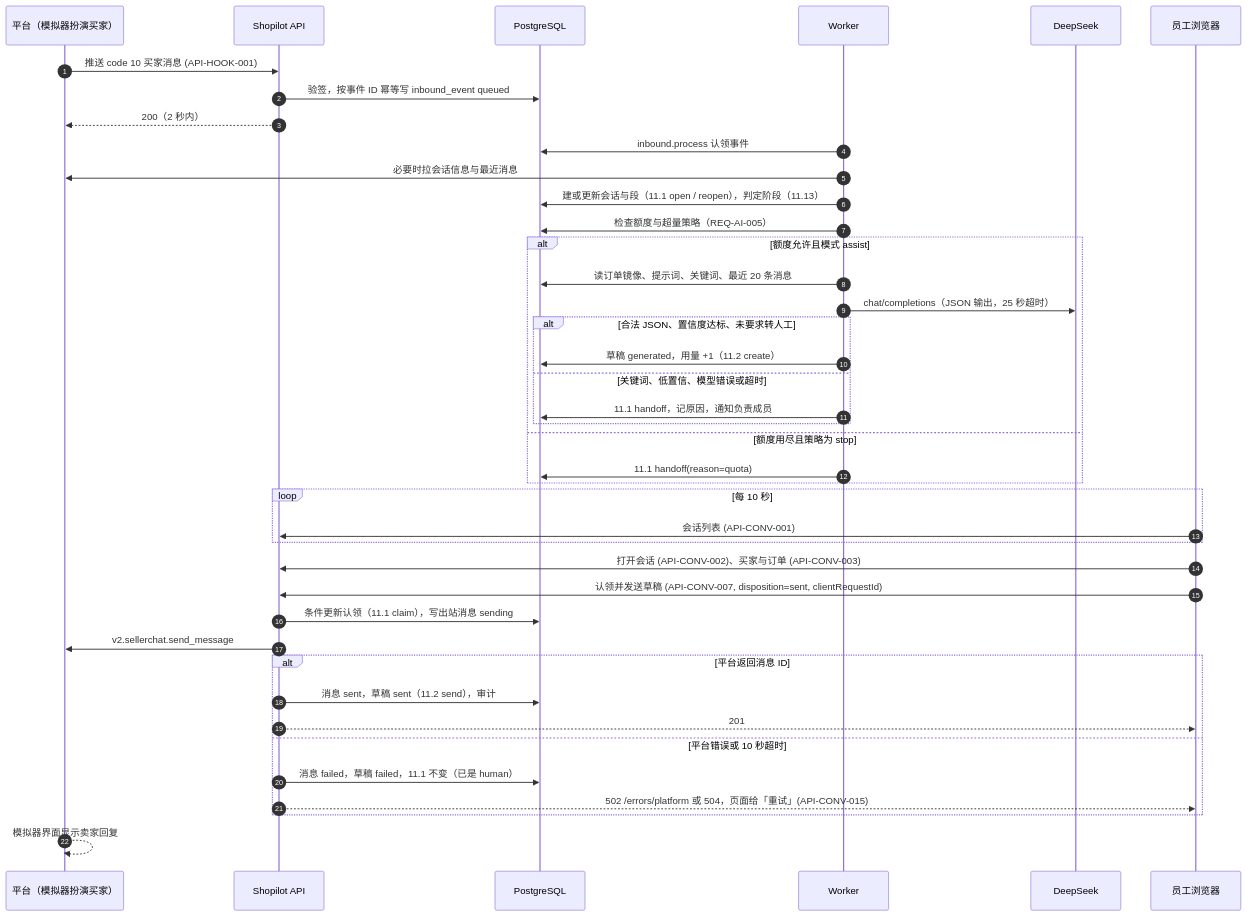
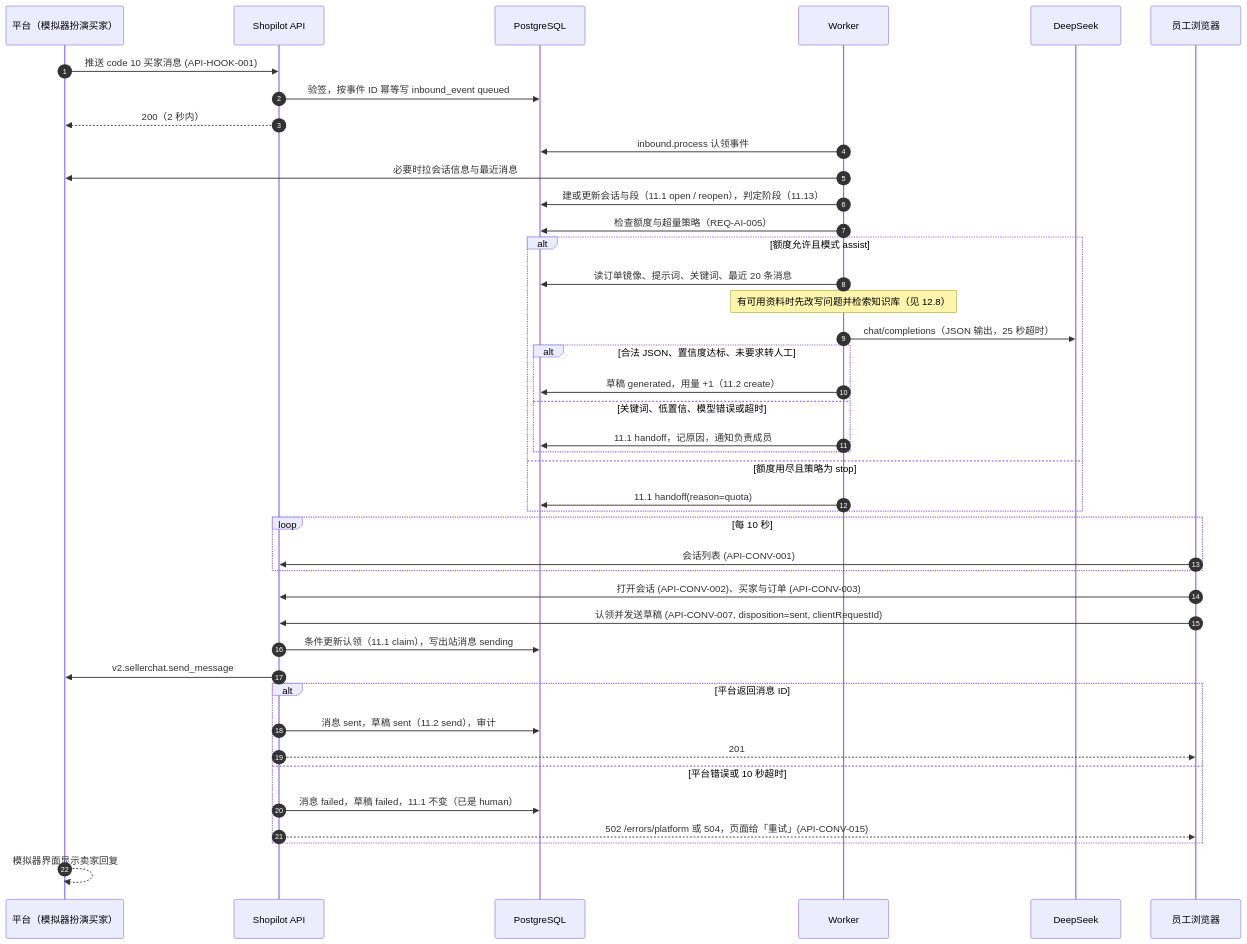
Before and after one commit to Bearisbug/shopilot: diagram 23 of 30 in docs/DESIGN.md, drawn with Mermaid. The commit also changed other lines of this file, not shown here.

````diff
--- a/docs/DESIGN.md
+++ b/docs/DESIGN.md
@@ -1734,43 +2365,44 @@
 ```mermaid
 sequenceDiagram
   autonumber
   participant MP as 平台（模拟器扮演买家）
   participant API as Shopilot API
   participant DB as PostgreSQL
   participant W as Worker
   participant DS as DeepSeek
   participant FE as 员工浏览器
   MP->>API: 推送 code 10 买家消息 (API-HOOK-001)
   API->>DB: 验签，按事件 ID 幂等写 inbound_event queued
   API-->>MP: 200（2 秒内）
   W->>DB: inbound.process 认领事件
   W->>MP: 必要时拉会话信息与最近消息
   W->>DB: 建或更新会话与段（11.1 open / reopen），判定阶段（11.13）
   W->>DB: 检查额度与超量策略（REQ-AI-005）
   alt 额度允许且模式 assist
     W->>DB: 读订单镜像、提示词、关键词、最近 20 条消息
+    Note over W: 有可用资料时先改写问题并检索知识库（见 12.8）
     W->>DS: chat/completions（JSON 输出，25 秒超时）
     alt 合法 JSON、置信度达标、未要求转人工
       W->>DB: 草稿 generated，用量 +1（11.2 create）
     else 关键词、低置信、模型错误或超时
       W->>DB: 11.1 handoff，记原因，通知负责成员
     end
   else 额度用尽且策略为 stop
     W->>DB: 11.1 handoff(reason=quota)
   end
   loop 每 10 秒
     FE->>API: 会话列表 (API-CONV-001)
   end
   FE->>API: 打开会话 (API-CONV-002)、买家与订单 (API-CONV-003)
   FE->>API: 认领并发送草稿 (API-CONV-007, disposition=sent, clientRequestId)
   API->>DB: 条件更新认领（11.1 claim），写出站消息 sending
   API->>MP: v2.sellerchat.send_message
   alt 平台返回消息 ID
     API->>DB: 消息 sent，草稿 sent（11.2 send），审计
     API-->>FE: 201
   else 平台错误或 10 秒超时
     API->>DB: 消息 failed，草稿 failed，11.1 不变（已是 human）
     API-->>FE: 502 /errors/platform 或 504，页面给「重试」(API-CONV-015)
   end
   MP-->>MP: 模拟器界面显示卖家回复
 ```
````
